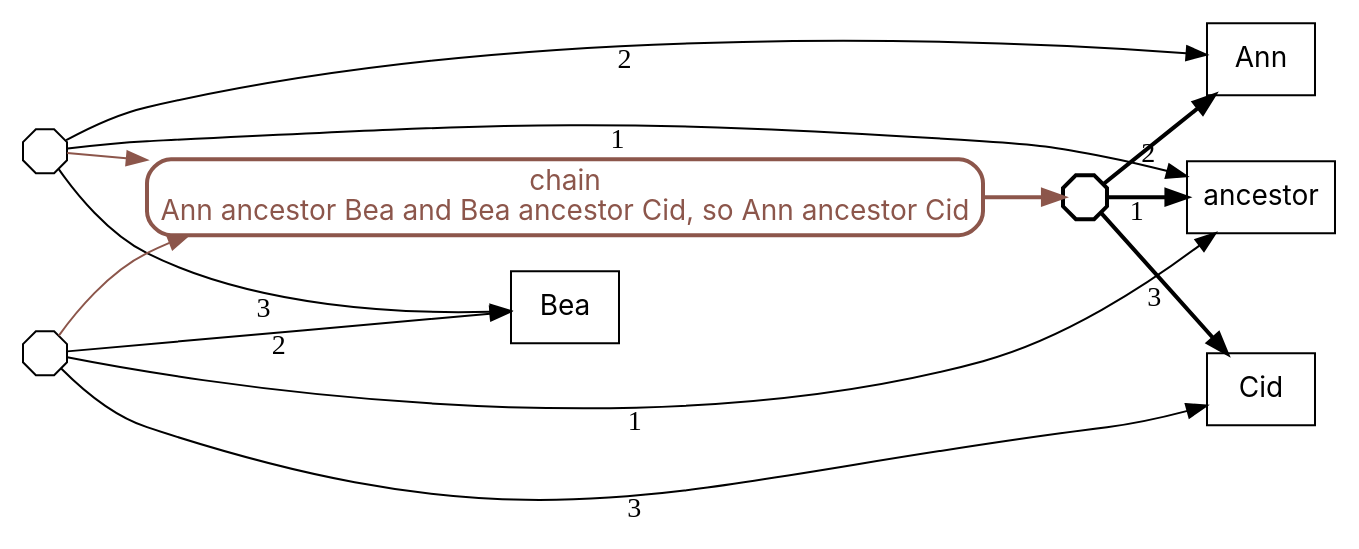
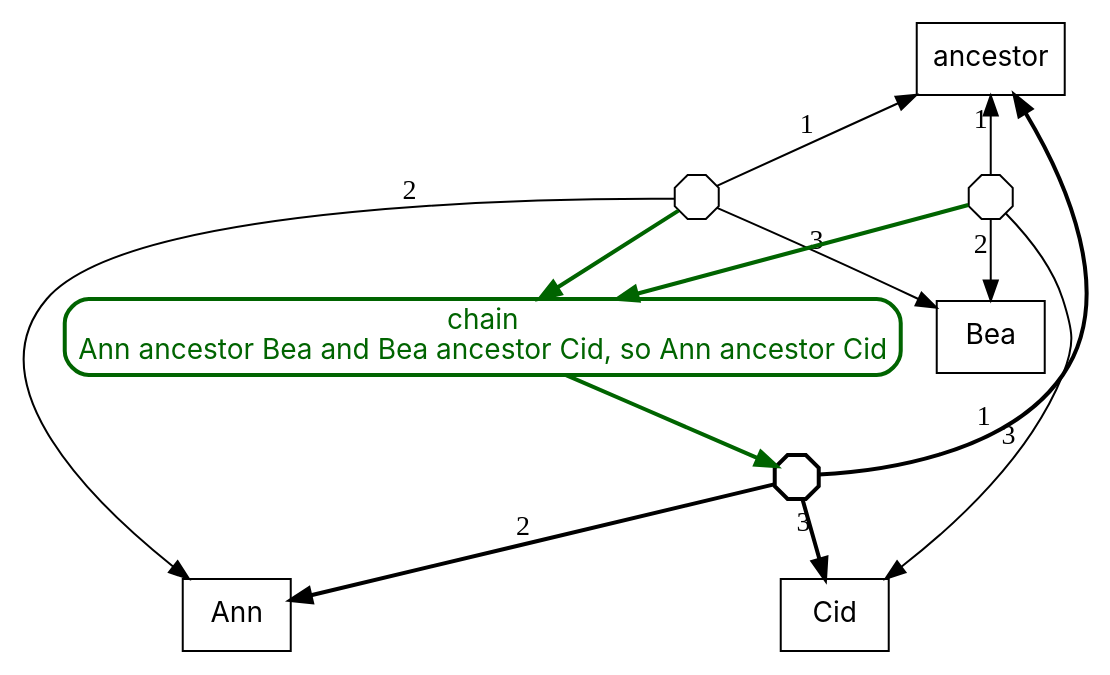
Before and after one commit to agutikov/ein: the diagram in docs/ein/user/03-syntax-and-semantics/diagrams/05-firing.dot, drawn with Graphviz. The commit also changed 1275 other files, not shown here.

```diff
--- a/docs/ein/user/03-syntax-and-semantics/diagrams/05-firing.dot
+++ b/docs/ein/user/03-syntax-and-semantics/diagrams/05-firing.dot
@@ -1,21 +1,21 @@
 digraph step4 {
-  rankdir=LR;
+  rankdir=TB;
   node [fontname="Inter", shape=box];
   ranksep=0.55;
   "f_0d0f2e8c80" [shape=octagon, label="", width=0.3, height=0.3, fixedsize=true];
   "f_03bbfb1dff" [shape=octagon, label="", width=0.3, height=0.3, fixedsize=true];
   "f_b8f7bcae1f" [shape=octagon, label="", width=0.3, height=0.3, fixedsize=true, penwidth=2];
-  "fire0_chain" [shape=box, style="rounded,bold", color="#8c564b", fontcolor="#8c564b", label="chain\nAnn ancestor Bea and Bea ancestor Cid, so Ann ancestor Cid"];
-  "f_0d0f2e8c80" -> "ancestor" [xlabel="1"];
+  "fire0_chain" [shape=box, style="rounded", color="#006400", fontcolor="#006400", penwidth=2, label="chain\nAnn ancestor Bea and Bea ancestor Cid, so Ann ancestor Cid"];
+  "ancestor" -> "f_0d0f2e8c80" [xlabel="1", dir=back];
   "f_0d0f2e8c80" -> "Ann" [xlabel="2"];
   "f_0d0f2e8c80" -> "Bea" [xlabel="3"];
-  "f_03bbfb1dff" -> "ancestor" [xlabel="1"];
+  "ancestor" -> "f_03bbfb1dff" [xlabel="1", dir=back];
   "f_03bbfb1dff" -> "Bea" [xlabel="2"];
   "f_03bbfb1dff" -> "Cid" [xlabel="3"];
-  "f_b8f7bcae1f" -> "ancestor" [xlabel="1", penwidth=2];
+  "ancestor" -> "f_b8f7bcae1f" [xlabel="1", dir=back, penwidth=2];
   "f_b8f7bcae1f" -> "Ann" [xlabel="2", penwidth=2];
   "f_b8f7bcae1f" -> "Cid" [xlabel="3", penwidth=2];
-  "f_0d0f2e8c80" -> "fire0_chain" [color="#8c564b"];
-  "f_03bbfb1dff" -> "fire0_chain" [color="#8c564b"];
-  "fire0_chain" -> "f_b8f7bcae1f" [color="#8c564b", style=bold];
+  "f_0d0f2e8c80" -> "fire0_chain" [color="#006400", penwidth=2];
+  "f_03bbfb1dff" -> "fire0_chain" [color="#006400", penwidth=2];
+  "fire0_chain" -> "f_b8f7bcae1f" [color="#006400", penwidth=2];
 }
```
